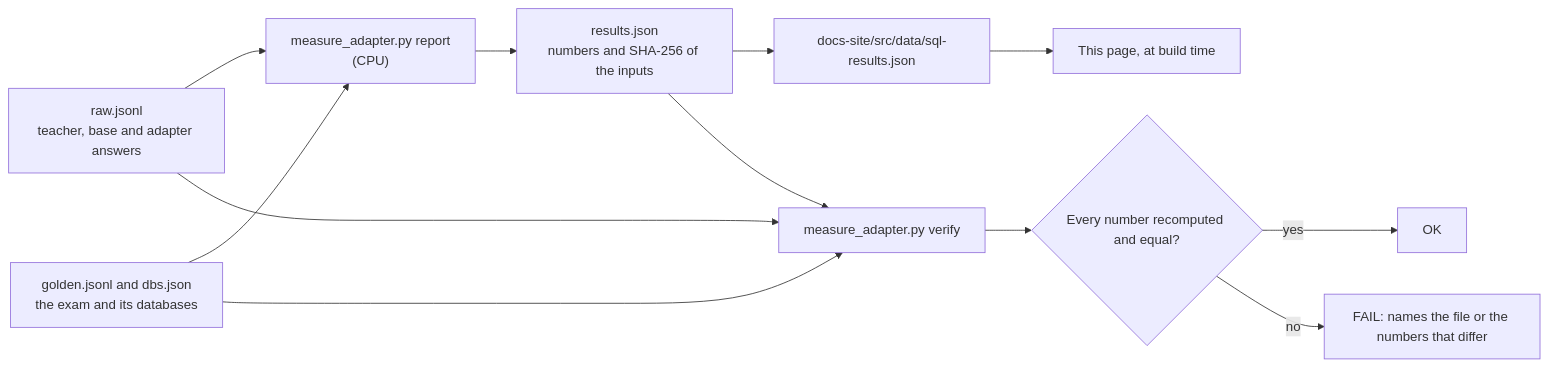
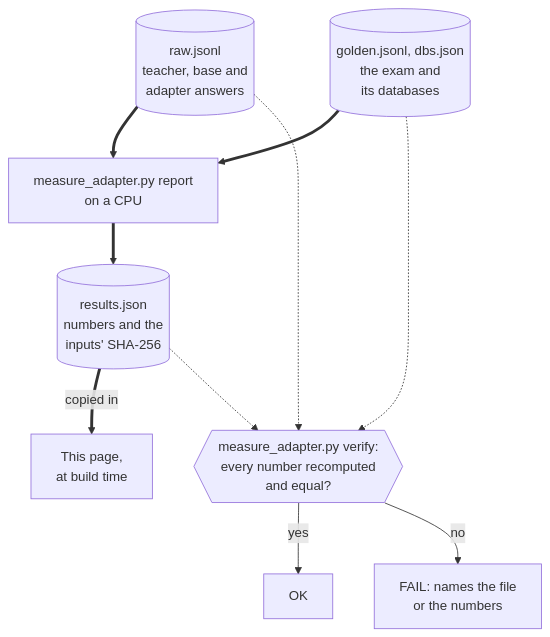
The first of 2 diagrams in docs-site/src/content/docs/guides/results.mdx (harshbhx/ratchet), drawn with Mermaid before and after one commit. The commit also changed other lines of this file and 25 other files, not shown here.

````diff
--- a/docs-site/src/content/docs/guides/results.mdx
+++ b/docs-site/src/content/docs/guides/results.mdx
@@ -37,14 +57,16 @@
 ```mermaid
-flowchart LR
-  RAW["raw.jsonl<br/>teacher, base and adapter answers"] --> REP["measure_adapter.py report<br/>(CPU)"]
-  GOLD["golden.jsonl and dbs.json<br/>the exam and its databases"] --> REP
-  REP --> RES["results.json<br/>numbers and SHA-256 of the inputs"]
-  RES --> SITE["docs-site/src/data/sql-results.json"]
-  SITE --> PAGE["This page, at build time"]
-  RAW --> VER["measure_adapter.py verify"]
-  GOLD --> VER
-  RES --> VER
-  VER --> OUT{"Every number recomputed and equal?"}
-  OUT -->|"yes"| OK["OK"]
-  OUT -->|"no"| BAD["FAIL: names the file or the numbers that differ"]
+flowchart TB
+  RAW[("raw.jsonl<br/>teacher, base and<br/>adapter answers")] ==> REP["measure_adapter.py report<br/>on a CPU"]
+  GOLD[("golden.jsonl, dbs.json<br/>the exam and<br/>its databases")] ==> REP
+  REP ==> RES[("results.json<br/>numbers and the<br/>inputs' SHA-256")]
+  RES ==>|"copied in"| PAGE["This page,<br/>at build time"]
+  RAW -.-> VER{{"measure_adapter.py verify:<br/>every number recomputed<br/>and equal?"}}
+  GOLD -.-> VER
+  RES -.-> VER
+  VER -->|"yes"| OK["OK"]
+  VER -->|"no"| BAD["FAIL: names the file<br/>or the numbers"]
+  class RAW,GOLD,RES store
+  class VER gate
+  class OK ok
+  class BAD danger
 ```
````
